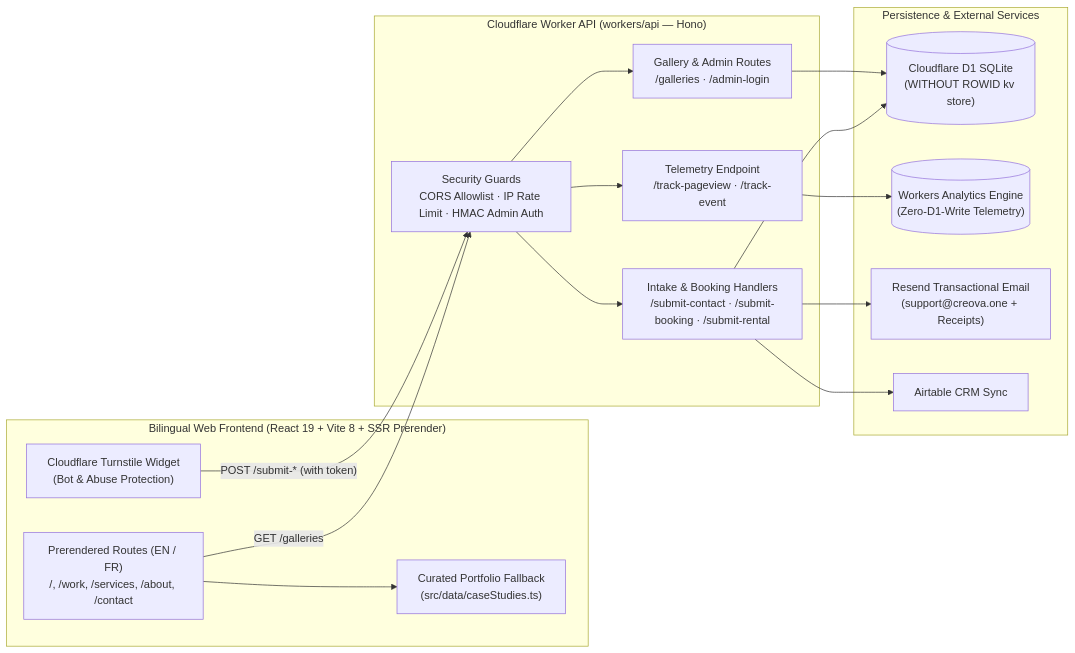
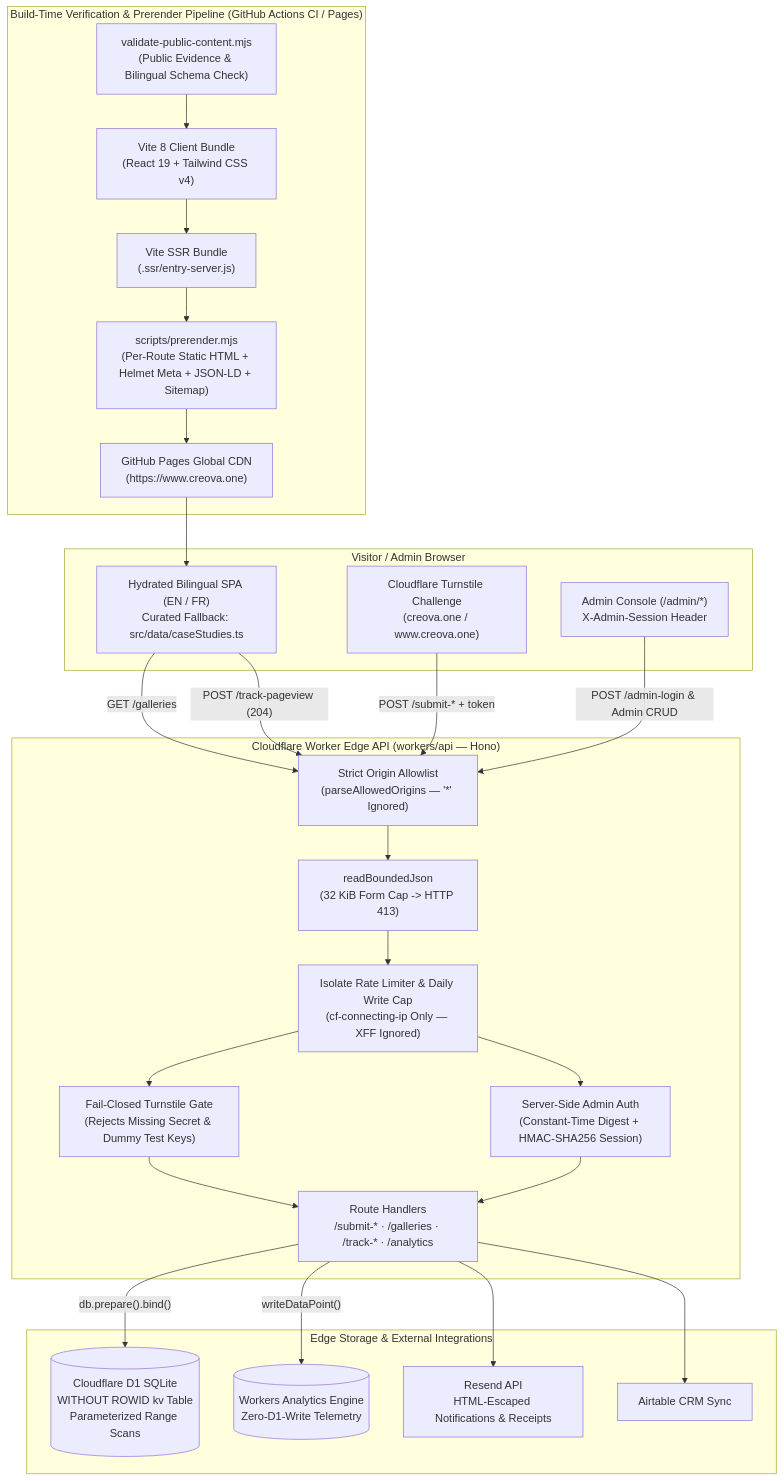
One commit to creova-gif/creova changed the diagram in README.md. Above: the diagram before and after it, drawn with Mermaid. The commit also changed other lines of this file and 6 other files, not shown here.

First line of the commit message:
docs(architecture): upgrade edge API case-study README, AGENTS contract, and remove dead supabase info shim (#102)

````diff
--- a/README.md
+++ b/README.md
@@ -17,34 +38,49 @@
 ```mermaid
-flowchart LR
-    subgraph Client["Bilingual Web Frontend (React 19 + Vite 8 + SSR Prerender)"]
-        Pages["Prerendered Routes (EN / FR)\n/, /work, /services, /about, /contact"]
-        Curated["Curated Portfolio Fallback\n(src/data/caseStudies.ts)"]
-        Turnstile["Cloudflare Turnstile Widget\n(Bot & Abuse Protection)"]
+flowchart TB
+    subgraph Build["Build-Time Verification & Prerender Pipeline (GitHub Actions CI / Pages)"]
+        ContentGate["validate-public-content.mjs<br/>(Public Evidence & Bilingual Schema Check)"]
+        ViteClient["Vite 8 Client Bundle<br/>(React 19 + Tailwind CSS v4)"]
+        ViteSSR["Vite SSR Bundle<br/>(.ssr/entry-server.js)"]
+        Prerender["scripts/prerender.mjs<br/>(Per-Route Static HTML + Helmet Meta + JSON-LD + Sitemap)"]
+        CDN["GitHub Pages Global CDN<br/>(https://www.creova.one)"]
+
+        ContentGate --> ViteClient --> ViteSSR --> Prerender --> CDN
     end
 
-    subgraph Edge["Cloudflare Worker API (workers/api — Hono)"]
-        Guards["Security Guards\nCORS Allowlist · IP Rate Limit · HMAC Admin Auth"]
-        Forms["Intake & Booking Handlers\n/submit-contact · /submit-booking · /submit-rental"]
-        Galleries["Gallery & Admin Routes\n/galleries · /admin-login"]
-        Telemetry["Telemetry Endpoint\n/track-pageview · /track-event"]
+    subgraph Browser["Visitor / Admin Browser"]
+        PublicUI["Hydrated Bilingual SPA (EN / FR)<br/>Curated Fallback: src/data/caseStudies.ts"]
+        TurnstileWidget["Cloudflare Turnstile Challenge<br/>(creova.one / www.creova.one)"]
+        AdminUI["Admin Console (/admin/*)<br/>X-Admin-Session Header"]
     end
 
-    subgraph Storage["Persistence & External Services"]
-        D1[("Cloudflare D1 SQLite\n(WITHOUT ROWID kv store)")]
-        AE[("Workers Analytics Engine\n(Zero-D1-Write Telemetry)")]
-        Resend["Resend Transactional Email\n(support@creova.one + Receipts)"]
+    subgraph Worker["Cloudflare Worker Edge API (workers/api — Hono)"]
+        CORS["Strict Origin Allowlist<br/>(parseAllowedOrigins — '*' Ignored)"]
+        BodyCap["readBoundedJson<br/>(32 KiB Form Cap -> HTTP 413)"]
+        RateLimit["Isolate Rate Limiter & Daily Write Cap<br/>(cf-connecting-ip Only — XFF Ignored)"]
+        TurnstileGate["Fail-Closed Turnstile Gate<br/>(Rejects Missing Secret & Dummy Test Keys)"]
+        AdminGate["Server-Side Admin Auth<br/>(Constant-Time Digest + HMAC-SHA256 Session)"]
+        Handlers["Route Handlers<br/>/submit-* · /galleries · /track-* · /analytics"]
+    end
+
+    subgraph Backing["Edge Storage & External Integrations"]
+        D1[("Cloudflare D1 SQLite<br/>WITHOUT ROWID kv Table<br/>Parameterized Range Scans")]
+        AE[("Workers Analytics Engine<br/>Zero-D1-Write Telemetry")]
+        Resend["Resend API<br/>HTML-Escaped Notifications & Receipts"]
         Airtable["Airtable CRM Sync"]
     end
 
-    Pages --> Curated
-    Pages -->|"GET /galleries"| Guards
-    Turnstile -->|"POST /submit-* (with token)"| Guards
-    Guards --> Forms
-    Guards --> Galleries
-    Guards --> Telemetry
-    Forms --> D1
-    Forms --> Resend
-    Forms --> Airtable
-    Galleries --> D1
-    Telemetry --> AE
+    CDN --> PublicUI
+    PublicUI -->|"GET /galleries"| CORS
+    PublicUI -->|"POST /track-pageview (204)"| CORS
+    TurnstileWidget -->|"POST /submit-* + token"| CORS
+    AdminUI -->|"POST /admin-login & Admin CRUD"| CORS
+
+    CORS --> BodyCap --> RateLimit
+    RateLimit --> TurnstileGate --> Handlers
+    RateLimit --> AdminGate --> Handlers
+
+    Handlers -->|"db.prepare().bind()"| D1
+    Handlers -->|"writeDataPoint()"| AE
+    Handlers --> Resend
+    Handlers --> Airtable
 ```
````
